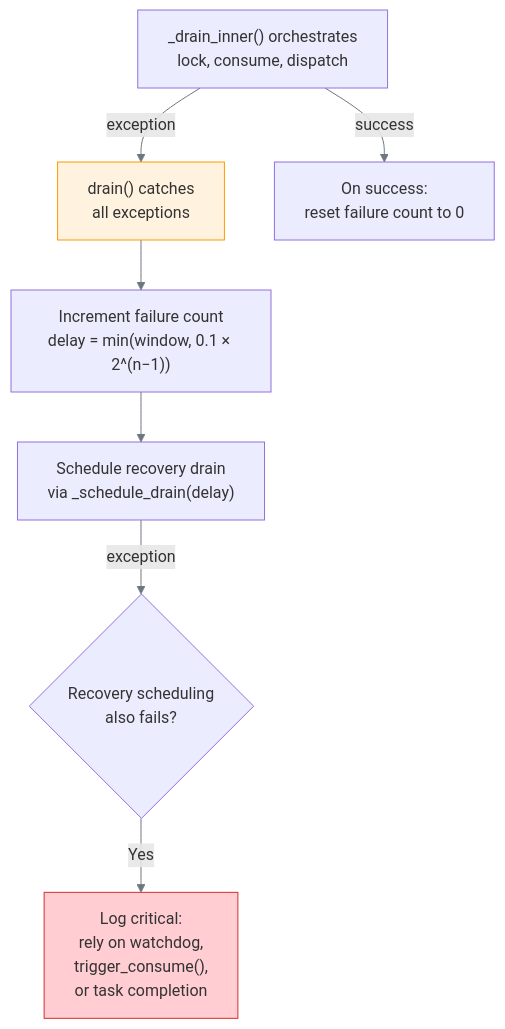
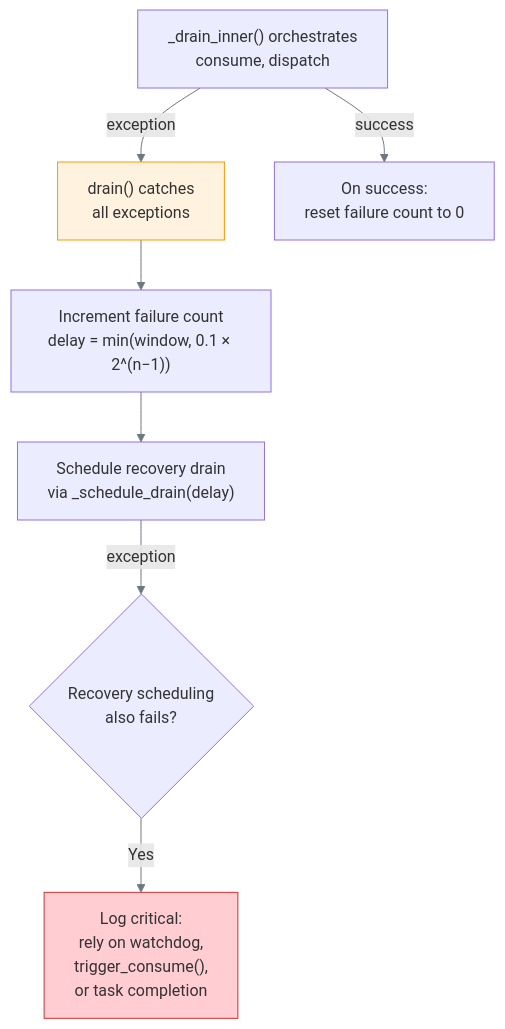
The fourth of 6 diagrams in docs/architecture/error-handling.md (melroy999/redis-rate-limiter), drawn with Mermaid before and after one commit. The commit also changed other lines of this file and 34 other files, not shown here.

````diff
--- a/docs/architecture/error-handling.md
+++ b/docs/architecture/error-handling.md
@@ -153,19 +153,19 @@
 ```mermaid
 %%{init: {"theme": "default", "themeVariables": {"lineColor": "#6e7781"}}}%%
 flowchart TD
-    D_INNER["_drain_inner() orchestrates<br>lock, consume, dispatch"]
+    D_INNER["_drain_inner() orchestrates<br>consume, dispatch"]
     D_CATCH["drain() catches<br>all exceptions"]
     D_BACKOFF["Increment failure count<br>delay = min(window, 0.1 × 2^(n−1))"]
     D_SCHEDULE["Schedule recovery drain<br>via _schedule_drain(delay)"]
     D_DOUBLE_FAIL{"Recovery scheduling<br>also fails?"}
     D_CRITICAL["Log critical:<br>rely on watchdog,<br>trigger_consume(),<br>or task completion"]
     D_RESET["On success:<br>reset failure count to 0"]
 
     D_INNER -- "exception" --> D_CATCH --> D_BACKOFF --> D_SCHEDULE
     D_SCHEDULE -- "exception" --> D_DOUBLE_FAIL
     D_DOUBLE_FAIL -- "Yes" --> D_CRITICAL
     D_INNER -- "success" --> D_RESET
 
     style D_CATCH fill:#fff3e0,stroke:#FF9800
     style D_CRITICAL fill:#ffcdd2,stroke:#D32F2F
 ```
````
